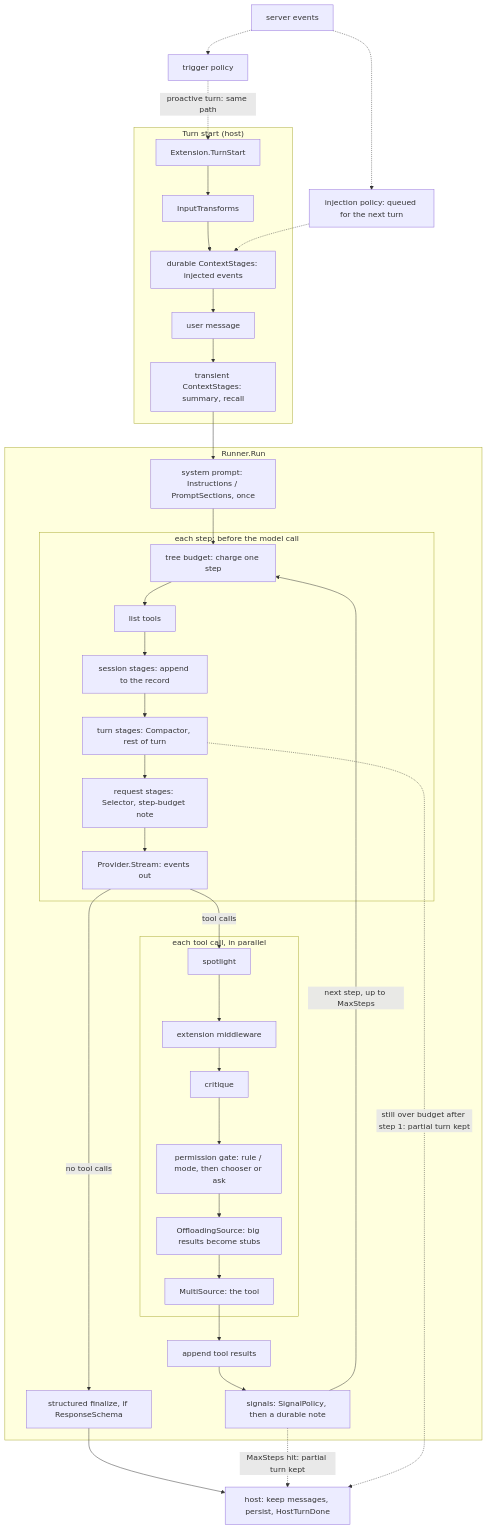
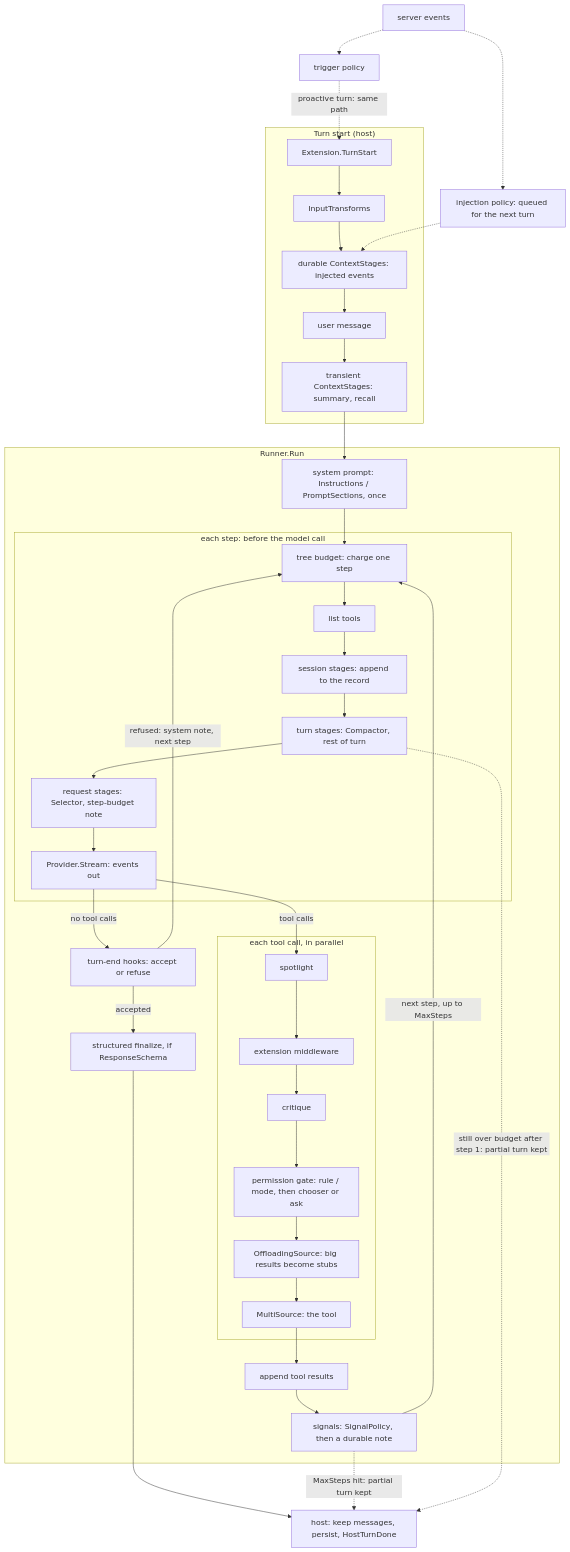
Before and after one commit to panyam/chakra: the diagram in docs/HOOKS.md, drawn with Mermaid. The commit also changed other lines of this file and 6 other files, not shown here.

````diff
--- a/docs/HOOKS.md
+++ b/docs/HOOKS.md
@@ -29,42 +30,44 @@
 ```mermaid
 flowchart TD
   subgraph HOST["Turn start (host)"]
     H1["Extension.TurnStart"] --> H2["InputTransforms"]
     H2 --> H3["durable ContextStages: injected events"]
     H3 --> H4["user message"]
     H4 --> H5["transient ContextStages: summary, recall"]
   end
 
   subgraph RUN["Runner.Run"]
     R0["system prompt: Instructions / PromptSections, once"] --> S1
     subgraph STEP["each step: before the model call"]
       S1["tree budget: charge one step"] --> S2["list tools"]
       S2 --> S3["session stages: append to the record"]
       S3 --> S4["turn stages: Compactor, rest of turn"]
       S4 --> S5["request stages: Selector, step-budget note"]
       S5 --> S6["Provider.Stream: events out"]
     end
-    S6 -->|"no tool calls"| F1["structured finalize, if ResponseSchema"]
+    S6 -->|"no tool calls"| E1["turn-end hooks: accept or refuse"]
+    E1 -->|"accepted"| F1["structured finalize, if ResponseSchema"]
+    E1 -->|"refused: system note, next step"| S1
     S6 -->|"tool calls"| T1
     subgraph TOOL["each tool call, in parallel"]
       T1["spotlight"] --> T2["extension middleware"]
       T2 --> T3["critique"]
       T3 --> T4["permission gate: rule / mode, then chooser or ask"]
       T4 --> T5["OffloadingSource: big results become stubs"]
       T5 --> T6["MultiSource: the tool"]
     end
     T6 --> G1["append tool results"]
     G1 --> G2["signals: SignalPolicy, then a durable note"]
     G2 -->|"next step, up to MaxSteps"| S1
   end
 
   H5 --> R0
   F1 --> P1["host: keep messages, persist, HostTurnDone"]
   G2 -.->|"MaxSteps hit: partial turn kept"| P1
   S4 -.->|"still over budget after step 1: partial turn kept"| P1
 
   EV["server events"] -.-> INJ["injection policy: queued for the next turn"]
   INJ -.-> H3
   EV -.-> TRG["trigger policy"]
   TRG -.->|"proactive turn: same path"| H1
 ```
````
